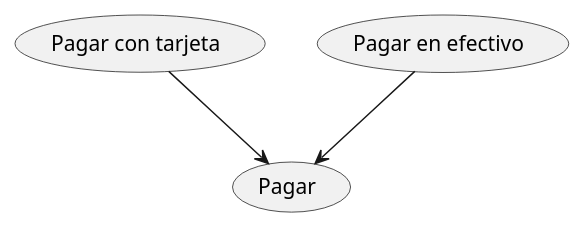
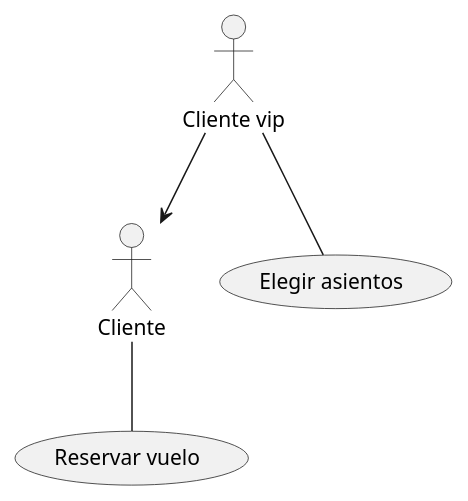
The diagram in src/Clases_De_Uso.puml (franmolinaadan/UML_1_Molina), drawn with PlantUML before and after one commit.

Commit message:
Quinto ejemplo

```diff
--- a/src/Clases_De_Uso.puml
+++ b/src/Clases_De_Uso.puml
@@ -1,10 +1,14 @@
 @startuml
 
 
-"Pagar" as (P)
-"Pagar con tarjeta" as (PT)
-"Pagar en efectivo" as (PE)
+actor "Cliente" as cl
+actor "Cliente vip" as vip
 
-PT --> P
-PE --> P
+usecase "Reservar vuelo" as (Reservar)
+usecase "Elegir asientos" as (Asientos)
+
+cl -- Reservar
+vip -- Asientos
+
+vip --> cl
 @enduml
```
